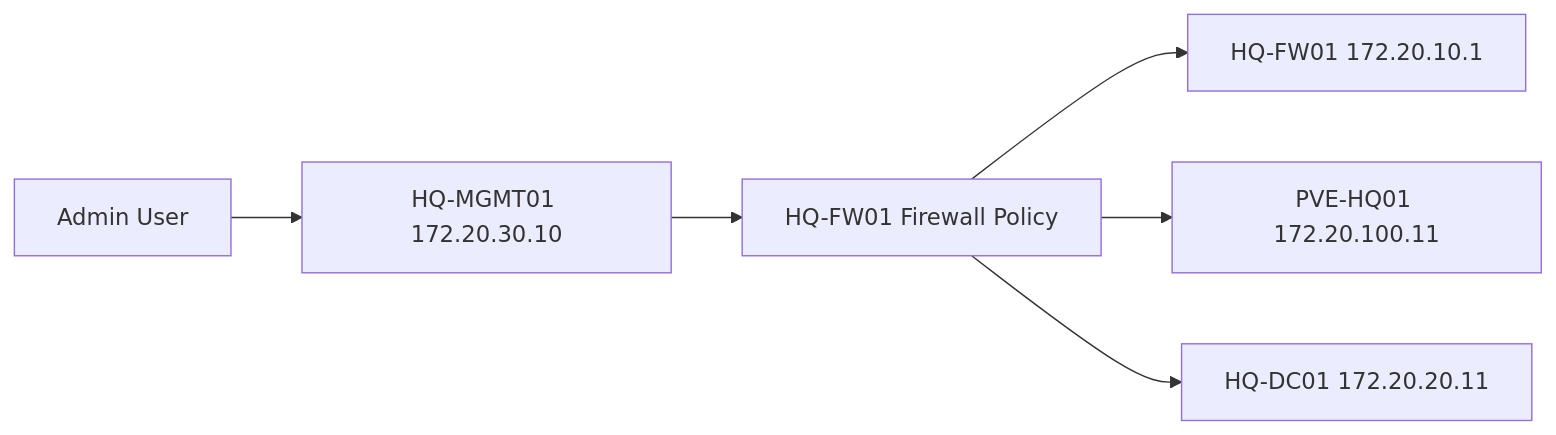
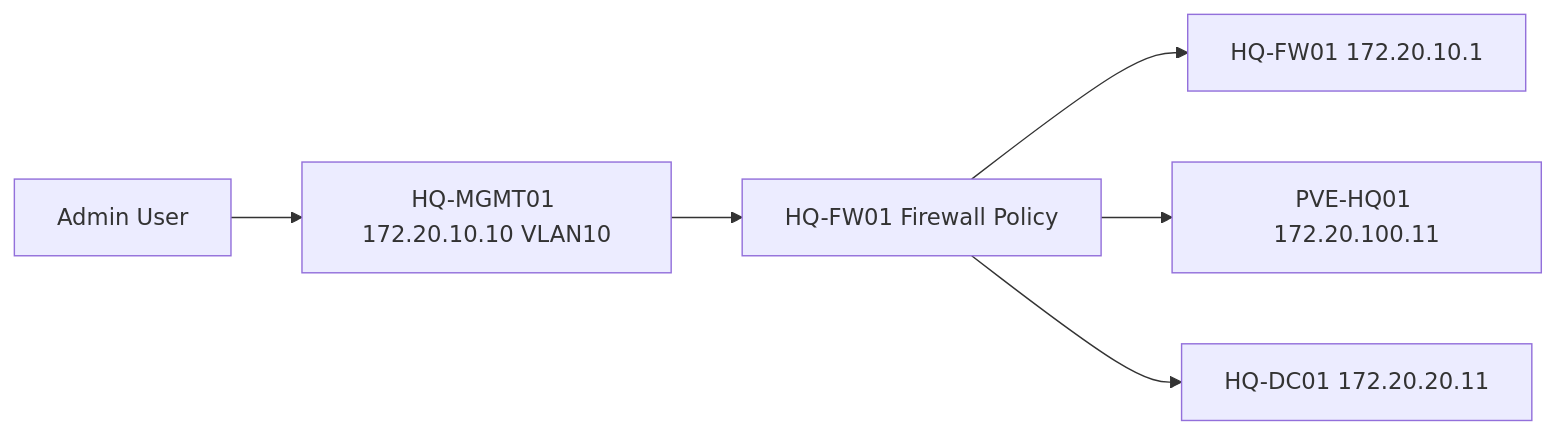
One commit to gntech-dev/geil-enterprise-docs changed the second of 2 diagrams in docs/platform/opnsense-hq-foundation-lld.md. Above: the diagram before and after it, drawn with Mermaid. The commit also changed 22 other files, not shown here.

Commit message:
docs: move HQ-MGMT01 to management VLAN

````diff
--- a/docs/platform/opnsense-hq-foundation-lld.md
+++ b/docs/platform/opnsense-hq-foundation-lld.md
@@ -175,15 +175,15 @@
 ```mermaid
 flowchart LR
     Admin[Admin User]
-    MGMT[HQ-MGMT01 172.20.30.10]
+    MGMT[HQ-MGMT01 172.20.10.10 VLAN10]
     FW[HQ-FW01 Firewall Policy]
     PVE[PVE-HQ01 172.20.100.11]
     DC[HQ-DC01 172.20.20.11]
     OPN[HQ-FW01 172.20.10.1]
 
     Admin --> MGMT
     MGMT --> FW
     FW --> OPN
     FW --> PVE
     FW --> DC
 ```
````
